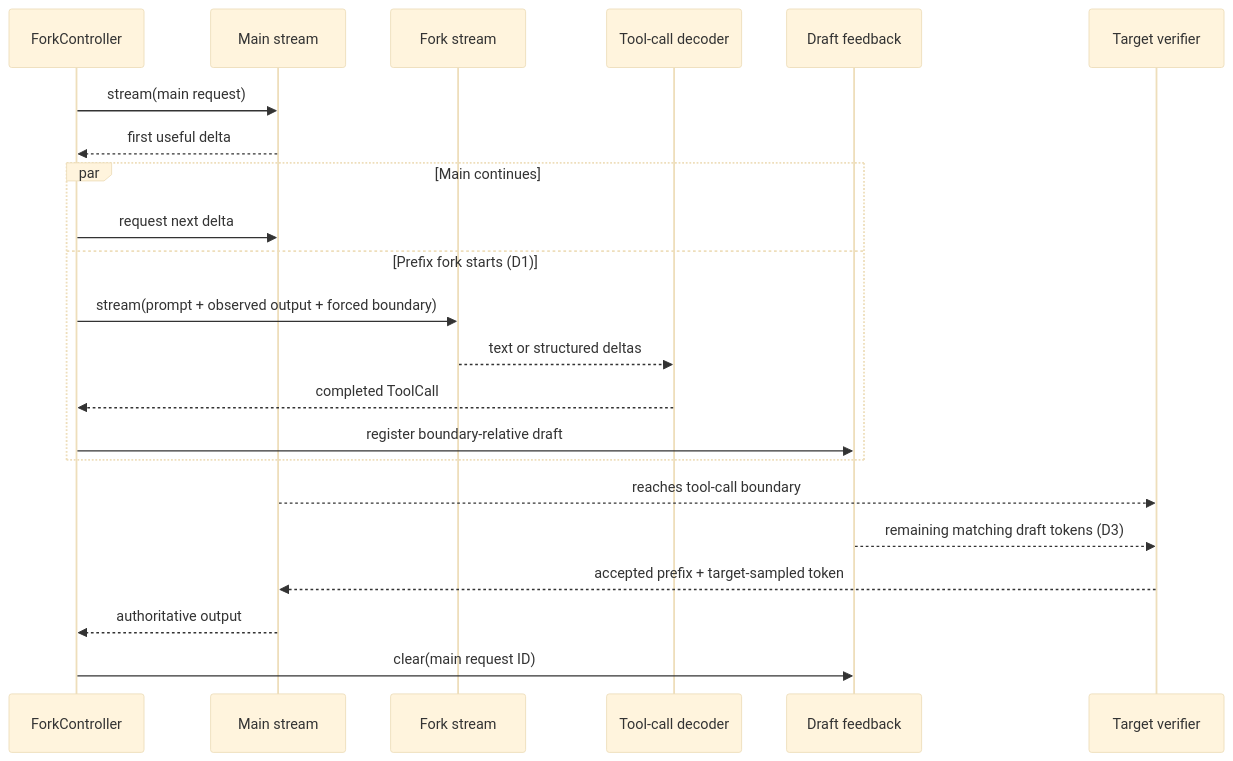
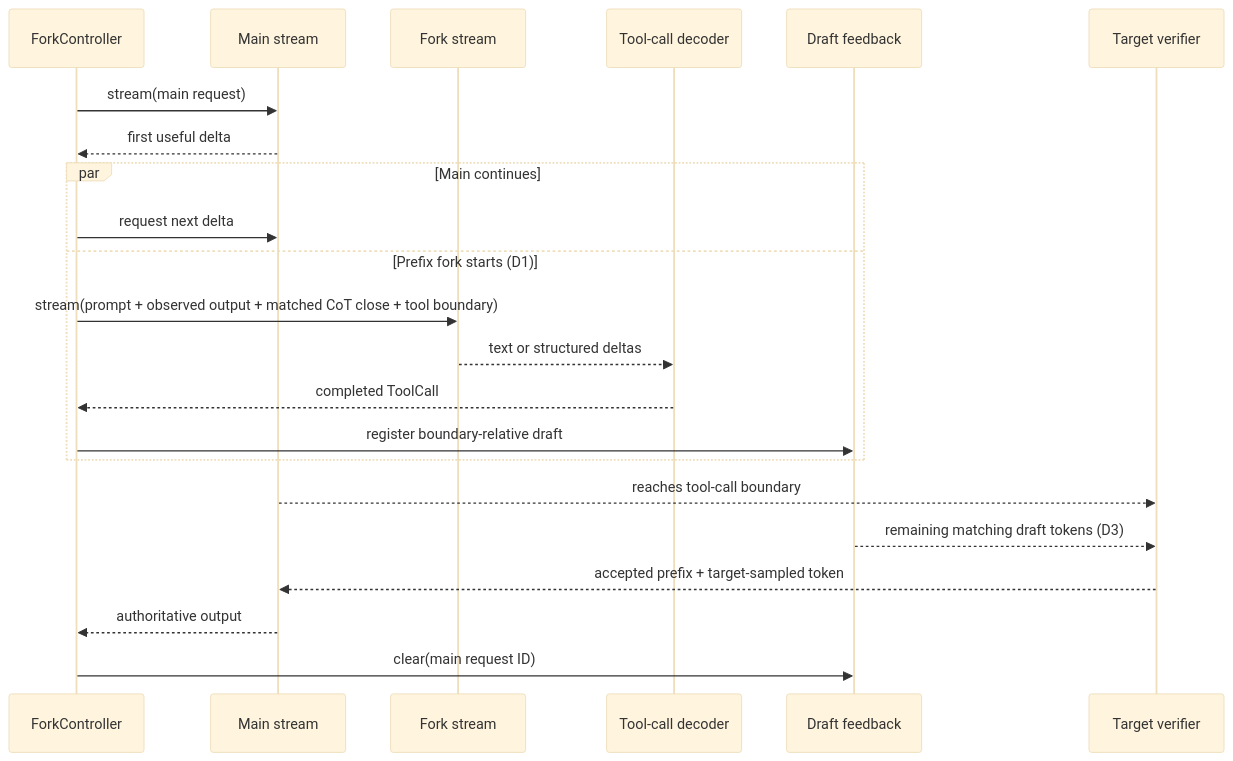
The diagram in docs/architecture.md (xchang1121/self-speculation), drawn with Mermaid (base theme) before and after one commit. The commit also changed other lines of this file and 8 other files, not shown here.

````diff
--- a/docs/architecture.md
+++ b/docs/architecture.md
@@ -17,25 +17,25 @@
 ```mermaid
 sequenceDiagram
     participant C as ForkController
     participant M as Main stream
     participant F as Fork stream
     participant P as Tool-call decoder
     participant D as Draft feedback
     participant V as Target verifier
 
     C->>M: stream(main request)
     M-->>C: first useful delta
     par Main continues
         C->>M: request next delta
     and Prefix fork starts (D1)
-        C->>F: stream(prompt + observed output + forced boundary)
+        C->>F: stream(prompt + observed output + matched CoT close + tool boundary)
         F-->>P: text or structured deltas
         P-->>C: completed ToolCall
         C->>D: register boundary-relative draft
     end
     M-->>V: reaches tool-call boundary
     D-->>V: remaining matching draft tokens (D3)
     V-->>M: accepted prefix + target-sampled token
     M-->>C: authoritative output
     C->>D: clear(main request ID)
 ```
````
